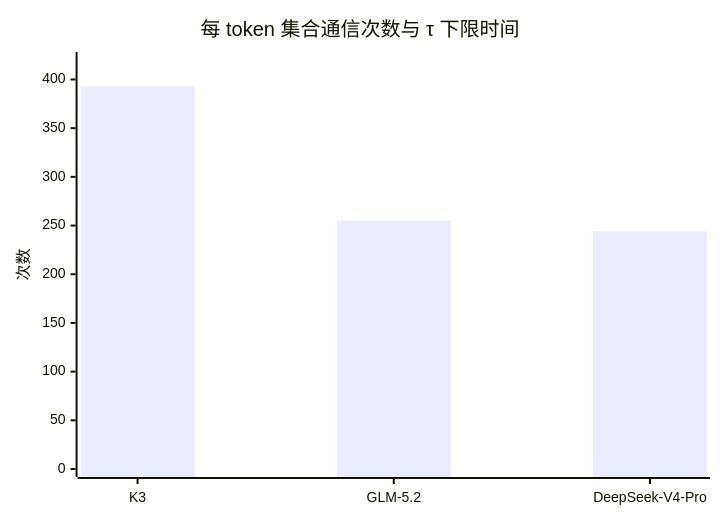
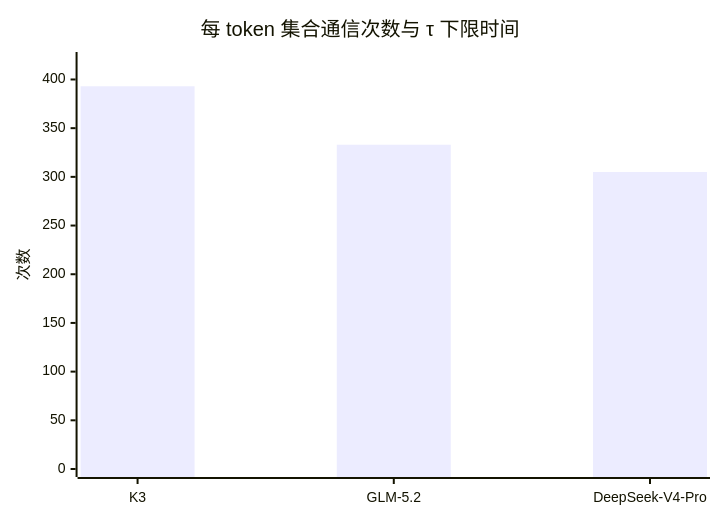
Before and after one commit to xqdan/xihu: the ninth of 10 diagrams in teams/software/docs/COLLECTIVE_SCHEDULE.md, drawn with Mermaid. The commit also changed other lines of this file and 26 other files, not shown here.

````diff
--- a/teams/software/docs/COLLECTIVE_SCHEDULE.md
+++ b/teams/software/docs/COLLECTIVE_SCHEDULE.md
@@ -233,7 +233,7 @@
 ```mermaid
 xychart-beta
   title "每 token 集合通信次数与 τ 下限时间"
   x-axis ["K3", "GLM-5.2", "DeepSeek-V4-Pro"]
   y-axis "次数" 0 --> 420
-  bar [393, 255, 244]
+  bar [393, 333, 305]
 ```
````
